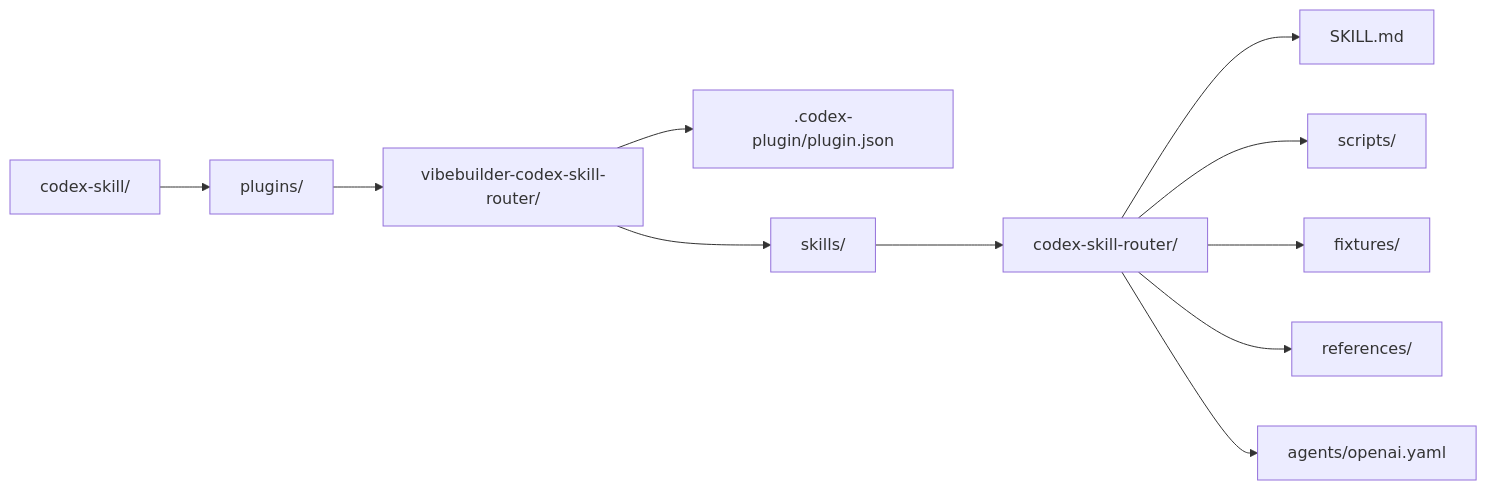
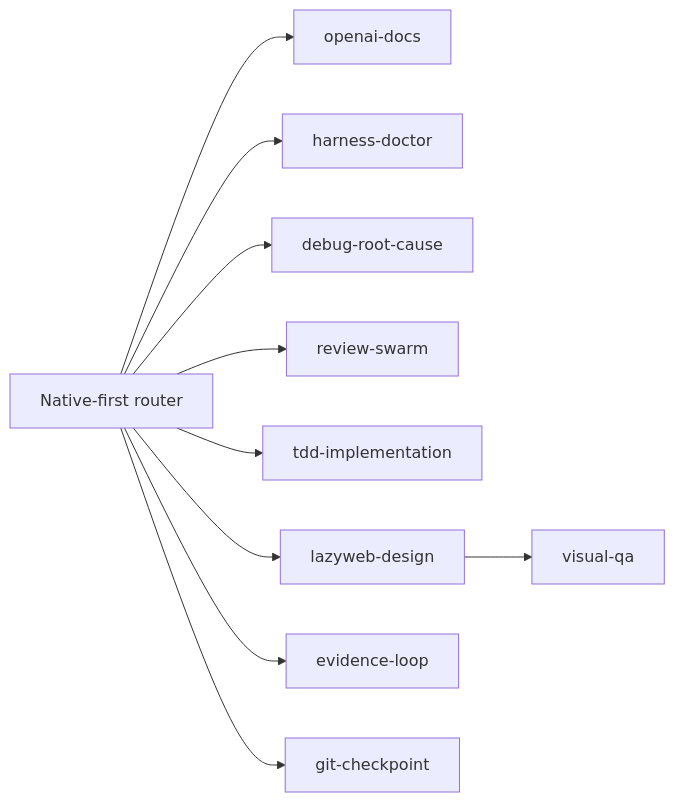
The second of 2 diagrams in codex-skill/README.md (Merchantlee99/Vibebuilder), drawn with Mermaid before and after one commit. The commit also changed other lines of this file and 13 other files, not shown here.

Commit message:
Upgrade Codex skill router for GPT-5.6

````diff
--- a/codex-skill/README.md
+++ b/codex-skill/README.md
@@ -41,13 +47,12 @@
 ```mermaid
 flowchart LR
-    A["codex-skill/"] --> B["plugins/"]
-    B --> C["vibebuilder-codex-skill-router/"]
-    C --> D[".codex-plugin/plugin.json"]
-    C --> E["skills/"]
-    E --> F["codex-skill-router/"]
-    F --> G["SKILL.md"]
-    F --> H["scripts/"]
-    F --> I["fixtures/"]
-    F --> J["references/"]
-    F --> K["agents/openai.yaml"]
+    R["Native-first router"] --> O["openai-docs"]
+    R --> H["harness-doctor"]
+    R --> D["debug-root-cause"]
+    R --> V["review-swarm"]
+    R --> T["tdd-implementation"]
+    R --> L["lazyweb-design"]
+    L --> Q["visual-qa"]
+    R --> E["evidence-loop"]
+    R --> G["git-checkpoint"]
 ```
````
